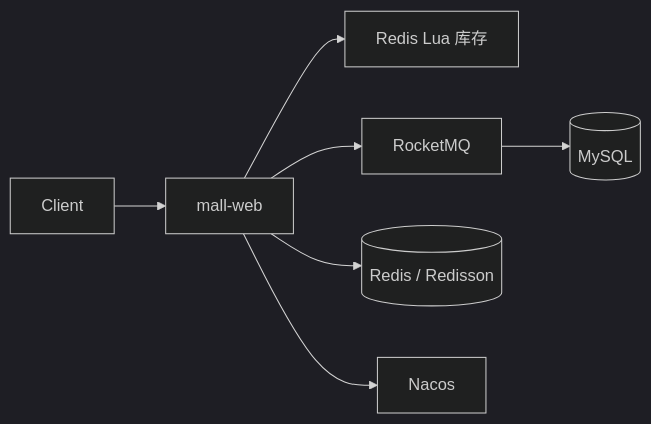
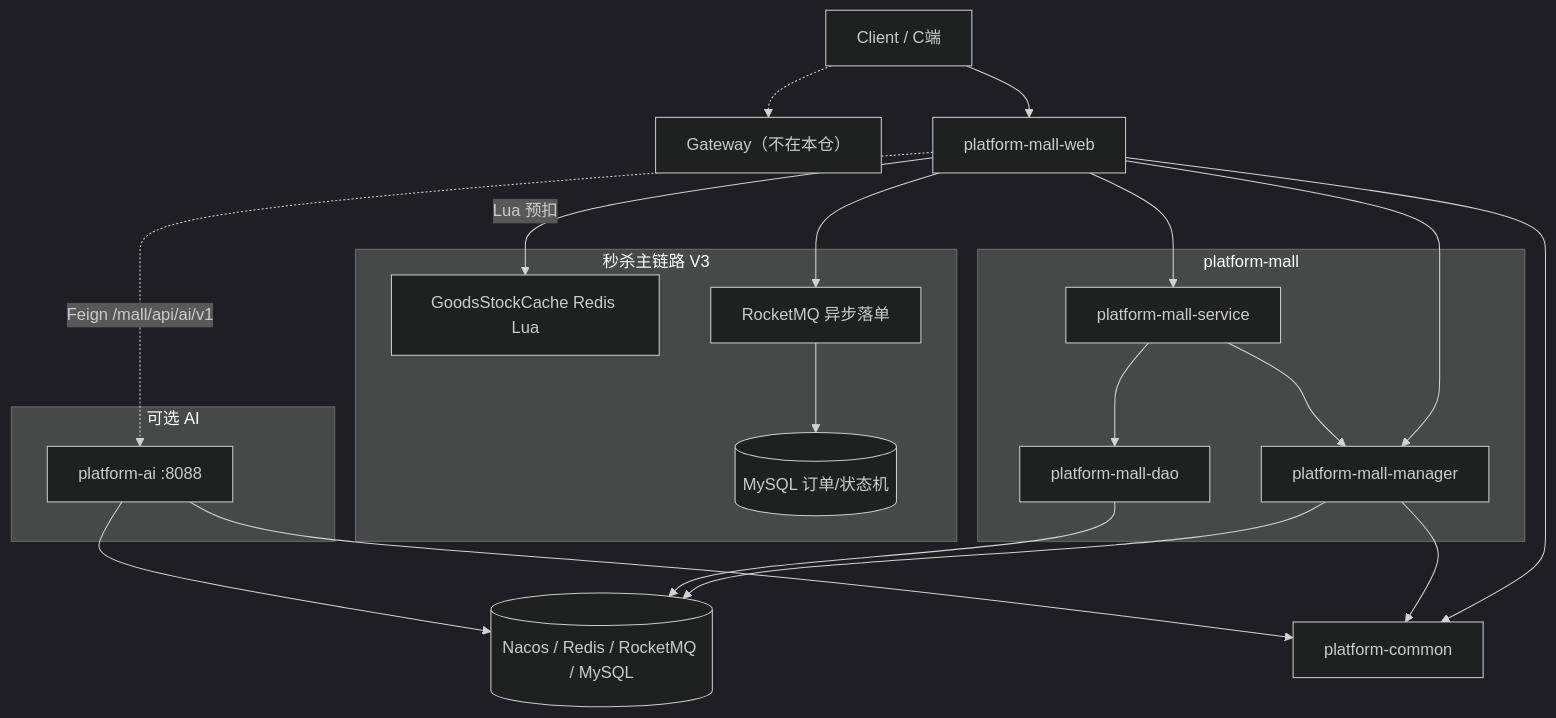
Before and after one commit to wangjia2016/platform-open: the diagram in README.md, drawn with Mermaid (dark theme). The commit also changed other lines of this file and 4 other files, not shown here.

First line of the commit message:
docs: 重绘 README 项目架构图

````diff
--- a/README.md
+++ b/README.md
@@ -105,9 +107,42 @@
 ```mermaid
-flowchart LR
-  Client --> Web[mall-web]
-  Web --> Lua[Redis Lua 库存]
-  Web --> MQ[RocketMQ]
-  MQ --> DB[(MySQL)]
-  Web --> Redis[(Redis / Redisson)]
-  Web --> Nacos[Nacos]
+flowchart TB
+  Client[Client / C端]
+  GW["Gateway（不在本仓）"]
+  WEB[platform-mall-web]
+
+  subgraph mall [platform-mall]
+    SVC[platform-mall-service]
+    MGR[platform-mall-manager]
+    DAO[platform-mall-dao]
+  end
+
+  subgraph flash [秒杀主链路 V3]
+    LUA[GoodsStockCache Redis Lua]
+    MQ[RocketMQ 异步落单]
+    DB[(MySQL 订单/状态机)]
+  end
+
+  subgraph ai [可选 AI]
+    AI[platform-ai :8088]
+  end
+
+  COMMON[platform-common]
+  INFRA[(Nacos / Redis / RocketMQ / MySQL)]
+
+  Client --> WEB
+  Client -.-> GW
+  WEB --> SVC
+  WEB --> MGR
+  SVC --> DAO
+  SVC --> MGR
+  WEB -->|Lua 预扣| LUA
+  WEB --> MQ
+  MQ --> DB
+  WEB -.->|Feign /mall/api/ai/v1| AI
+  WEB --> COMMON
+  MGR --> COMMON
+  AI --> COMMON
+  MGR --> INFRA
+  DAO --> INFRA
+  AI --> INFRA
 ```
````
